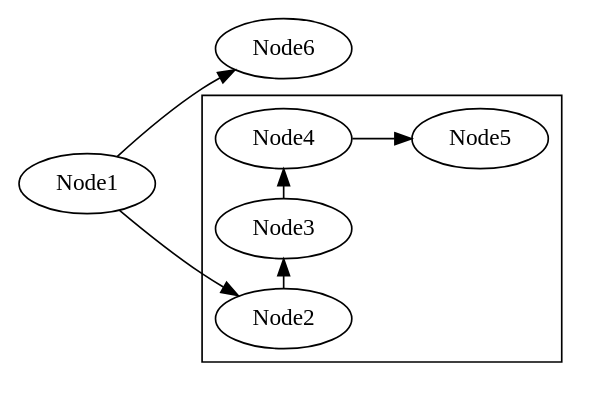
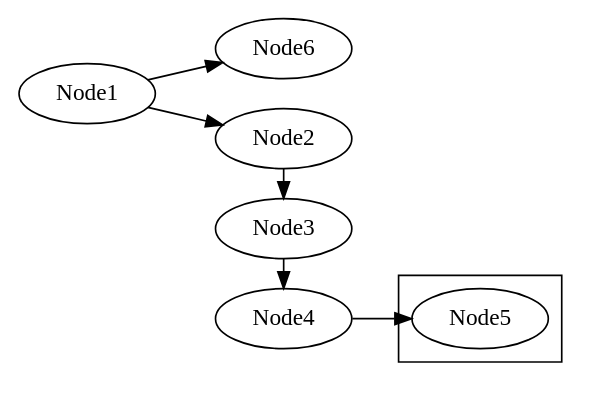
The fifth of 5 diagrams in other/graphviz.md (sisyphus1212/note), drawn with Graphviz before and after one commit.

Commit message:
auto_update

````diff
--- a/other/graphviz.md
+++ b/other/graphviz.md
@@ -61,16 +61,17 @@
 ```graphviz
 digraph {
     rankdir=LR
     node[]"Node1";
     node[]"Node6";
     subgraph cluster_vertical_example{
     "Node2"-> "Node3";
     "Node3"-> "Node4";
 
     {rankdir=LR rank=same; "Node2"; "Node3"; "Node4";}
     "Node4"->"Node5"
     }
+    {rankdir=LR rank=same; "Node2"; "Node3"; "Node4";}
     Node1 -> Node2
-    { Node1 -> Node6 }
+    Node1 -> Node6
 }
 ```
````
